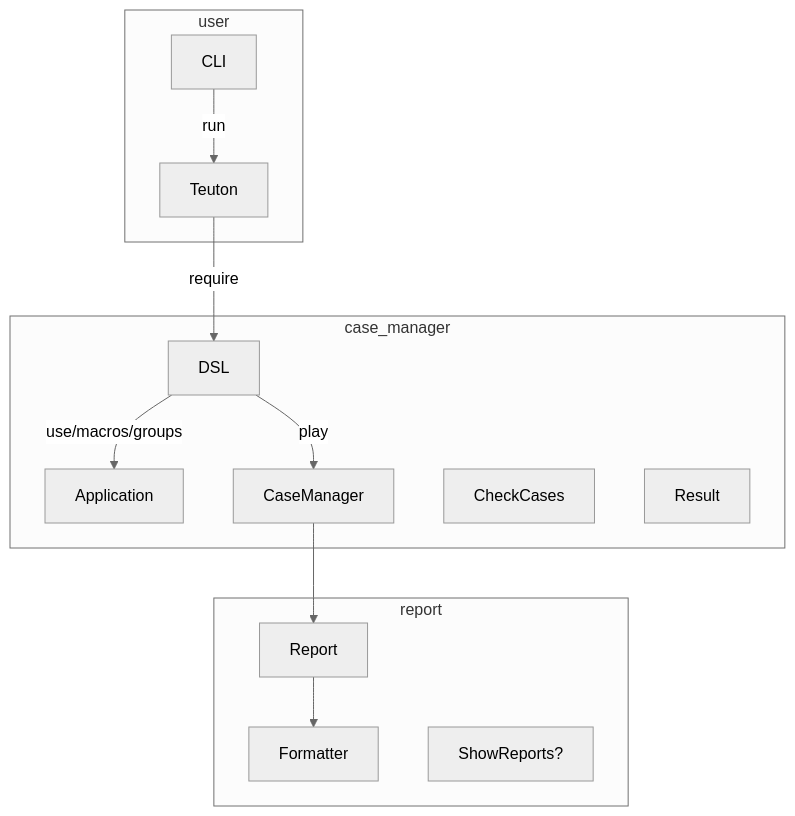
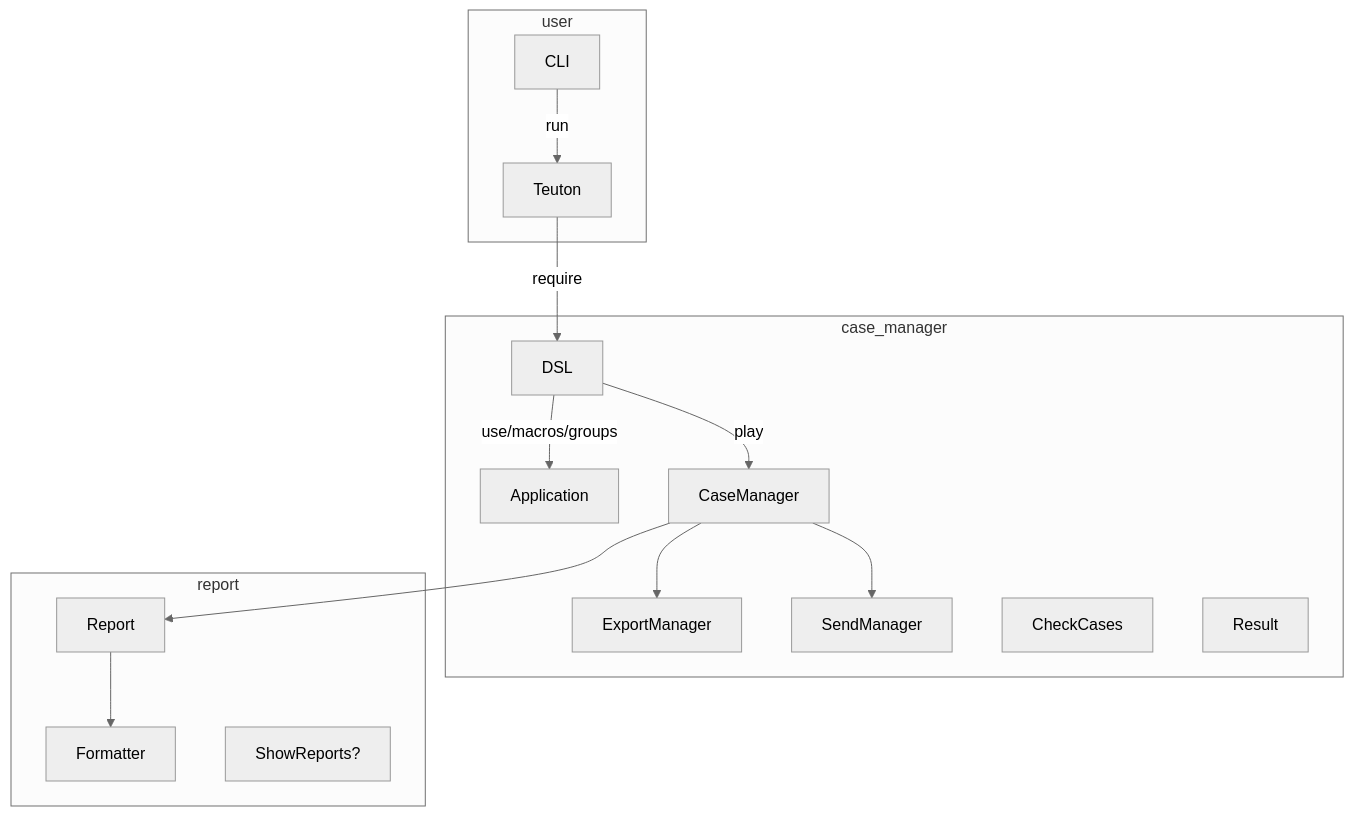
Before and after one commit to teuton-software/teuton: the second of 2 diagrams in docs/diagram.md, drawn with Mermaid (neutral theme).

````diff
--- a/docs/diagram.md
+++ b/docs/diagram.md
@@ -43,22 +43,24 @@
 ```mermaid
 flowchart TB
 
 subgraph user
   CLI -- run --> Teuton
 end
 
 subgraph case_manager
   Teuton -- require --> DSL
   DSL -- use/macros/groups --> Application
   DSL -- play --> CaseManager
+  CaseManager --> ExportManager
+  CaseManager --> SendManager
   CheckCases
   Result
 end
 
 subgraph report
   CaseManager --> Report
   Report --> Formatter
 
   ShowReports?
 end
 ```
````
